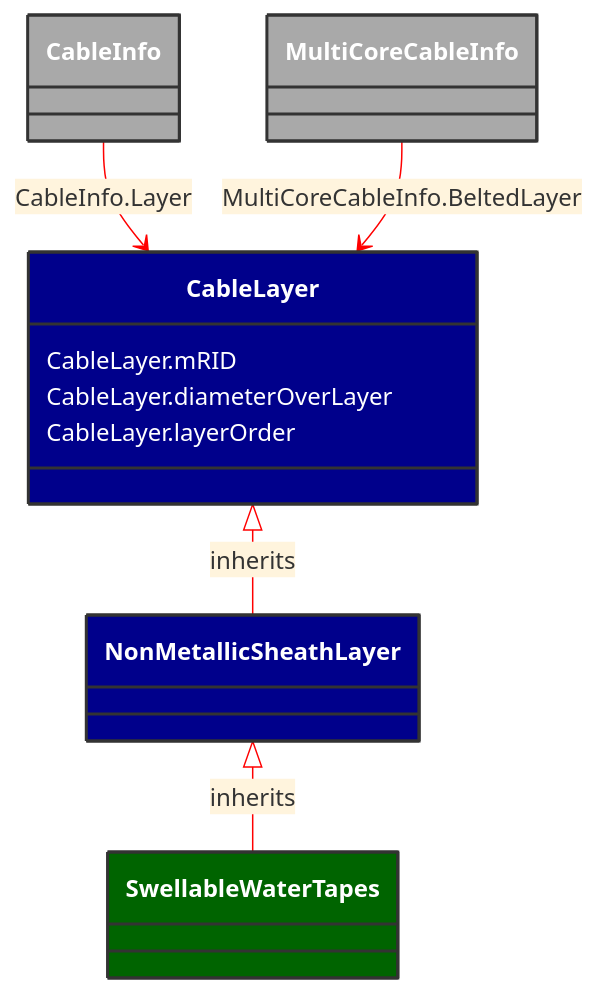
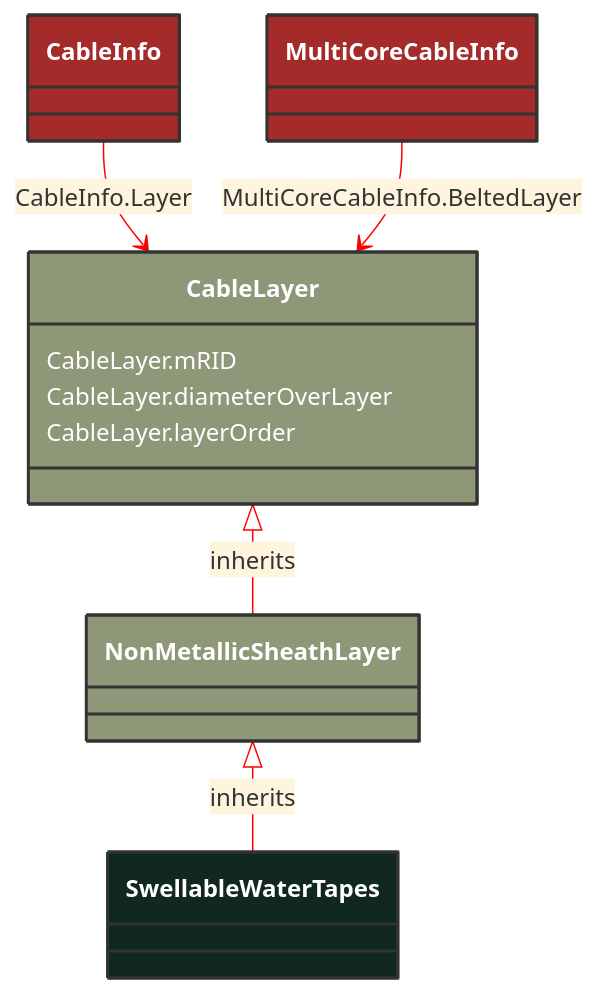
Before and after one commit to 3lbits/NoCIMExtensions: the diagram in docs/Models/Profiles/SubseaCableInfo/ConcreteClasses/SwellableWaterTapes.md, drawn with Mermaid. The commit also changed 190 other files, not shown here.

````diff
--- a/docs/Models/Profiles/SubseaCableInfo/ConcreteClasses/SwellableWaterTapes.md
+++ b/docs/Models/Profiles/SubseaCableInfo/ConcreteClasses/SwellableWaterTapes.md
@@ -8,37 +8,33 @@
 ```mermaid
 %%{init: {'theme':'base','themeVariables': {'lineColor': '#FF0000'}}}%%
 classDiagram
     class SwellableWaterTapes
     click SwellableWaterTapes href "/Models/Profiles/SubseaCableInfo/ConcreteClasses/SwellableWaterTapes/"
-    style SwellableWaterTapes fill:#006400,stroke:#333,stroke-width:2px,rx:10,ry:10,color:white
-
+    style SwellableWaterTapes fill:#102820,stroke:#333,stroke-width:2px,rx:10,ry:10,color:white
+     
         NonMetallicSheathLayer <|-- SwellableWaterTapes : inherits
             click NonMetallicSheathLayer href "/Models/Profiles/SubseaCableInfo/ConcreteClasses/NonMetallicSheathLayer/"
-            style NonMetallicSheathLayer fill:#00008B,stroke:#333,stroke-width:2px,rx:10,ry:10,color:white
-
-        SwellableWaterTapes
-            click SwellableWaterTapes href "/Models/Profiles/SubseaCableInfo/ConcreteClasses/SwellableWaterTapes/"
-            style NonMetallicSheathLayer fill:#00008B,stroke:#333,stroke-width:2px,rx:10,ry:10,color:white
-
+            style NonMetallicSheathLayer fill:#8F9779,stroke:#333,stroke-width:2px,rx:10,ry:10,color:white
+     
         CableLayer <|-- NonMetallicSheathLayer : inherits
             click CableLayer href "/Models/Profiles/SubseaCableInfo/AbstractClasses/CableLayer/"
-            style CableLayer fill:#00008B,stroke:#333,stroke-width:2px,rx:10,ry:10,color:white
+            style CableLayer fill:#8F9779,stroke:#333,stroke-width:2px,rx:10,ry:10,color:white
 
 
         CableInfo --> CableLayer : CableInfo.Layer
 
         CableInfo
             click CableInfo href "/Models/Profiles/SubseaCableInfo/ConcreteClasses/CableInfo/"
-            style CableInfo fill:#A9A9A9,stroke:#333,stroke-width:2px,rx:10,ry:10,color:white
+            style CableInfo fill:#A52A2A,stroke:#333,stroke-width:2px,rx:10,ry:10,color:white
 
         MultiCoreCableInfo --> CableLayer : MultiCoreCableInfo.BeltedLayer
 
         MultiCoreCableInfo
             click MultiCoreCableInfo href "/Models/Profiles/SubseaCableInfo/ConcreteClasses/MultiCoreCableInfo/"
-            style MultiCoreCableInfo fill:#A9A9A9,stroke:#333,stroke-width:2px,rx:10,ry:10,color:white
+            style MultiCoreCableInfo fill:#A52A2A,stroke:#333,stroke-width:2px,rx:10,ry:10,color:white
 
 
         CableLayer : CableLayer.mRID
         CableLayer : CableLayer.diameterOverLayer
         CableLayer : CableLayer.layerOrder
 ```
````
